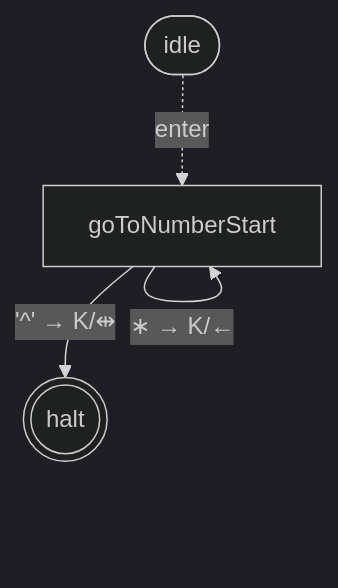
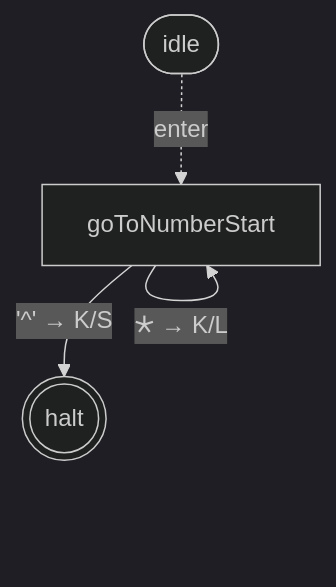
The fifth of 10 diagrams in packages/library-binary-numbers/states.md (mellonis/turing-machine-js), drawn with Mermaid (dark theme) before and after one commit. The commit also changed other lines of this file and 14 other files, not shown here.

First line of the commit message:
polish(emit + docs): readable vocabulary, removed hand-drawn diagrams, dogfooded `summarize`

````diff
--- a/packages/library-binary-numbers/states.md
+++ b/packages/library-binary-numbers/states.md
@@ -81,10 +81,10 @@
 ```mermaid
 flowchart TD
 %% alphabets: [[" ","^","$","0","1"]]
   s0(((halt)))
   s5["goToNumberStart"]
   idle([idle])
   idle -. enter .-> s5
-  s5 -- "'^' → K/⇹" --> s0
-  s5 -- "∗ → K/←" --> s5
+  s5 -- "'^' → K/S" --> s0
+  s5 -- "🞰 → K/L" --> s5
 ```
````
